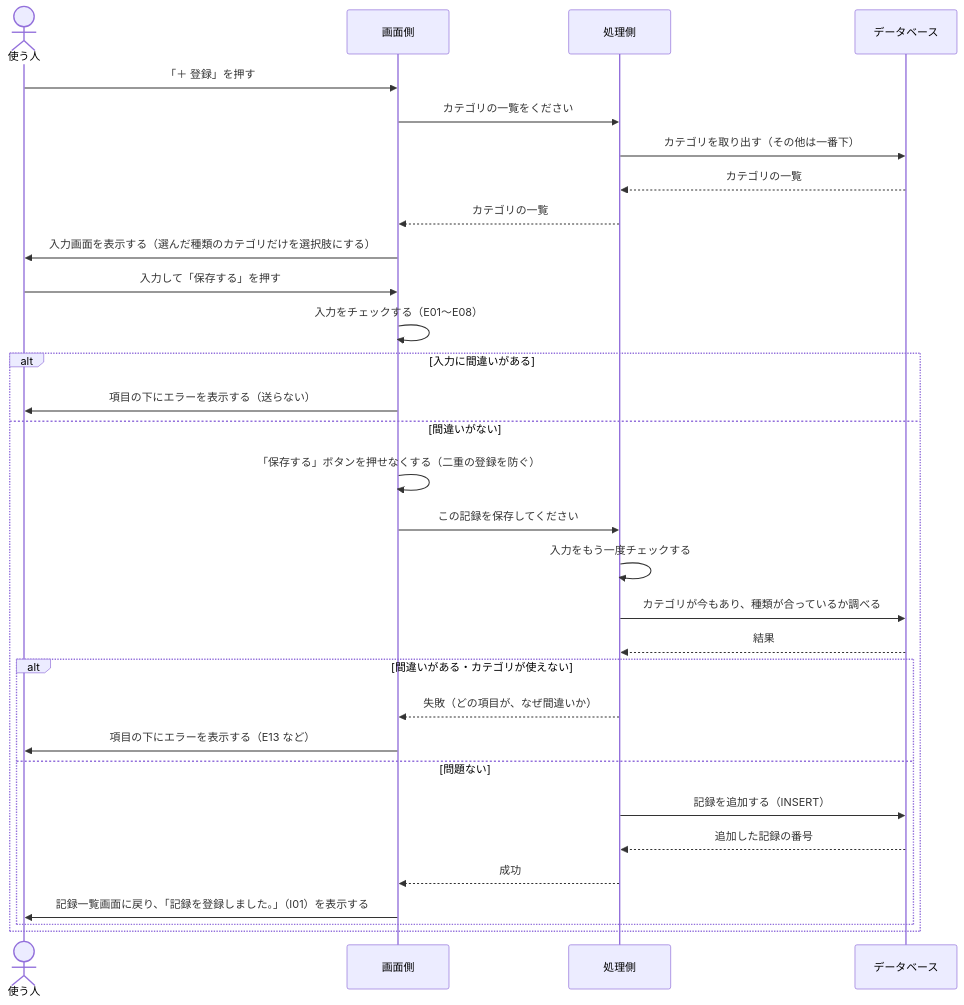
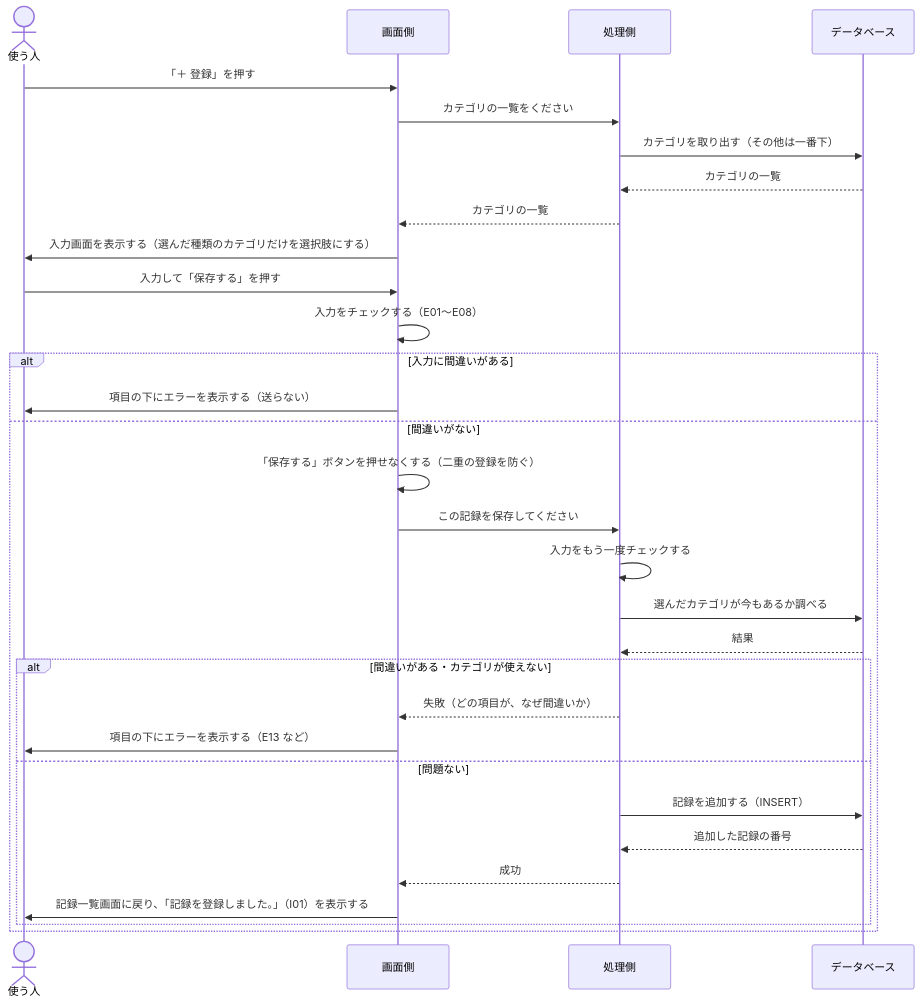
One commit to junji-sakamoto/kakeibo-app changed the third of 9 diagrams in docs/02_設計/05_データの流れ.md. Above: the diagram before and after it, drawn with Mermaid. The commit also changed other lines of this file and 5 other files, not shown here.

````diff
--- a/docs/02_設計/05_データの流れ.md
+++ b/docs/02_設計/05_データの流れ.md
@@ -68,35 +68,35 @@
 ```mermaid
 sequenceDiagram
     actor U as 使う人
     participant B as 画面側
     participant S as 処理側
     participant D as データベース
 
     U->>B: 「＋ 登録」を押す
     B->>S: カテゴリの一覧をください
     S->>D: カテゴリを取り出す（その他は一番下）
     D-->>S: カテゴリの一覧
     S-->>B: カテゴリの一覧
     B->>U: 入力画面を表示する（選んだ種類のカテゴリだけを選択肢にする）
 
     U->>B: 入力して「保存する」を押す
     B->>B: 入力をチェックする（E01〜E08）
     alt 入力に間違いがある
         B->>U: 項目の下にエラーを表示する（送らない）
     else 間違いがない
         B->>B: 「保存する」ボタンを押せなくする（二重の登録を防ぐ）
         B->>S: この記録を保存してください
         S->>S: 入力をもう一度チェックする
-        S->>D: カテゴリが今もあり、種類が合っているか調べる
+        S->>D: 選んだカテゴリが今もあるか調べる
         D-->>S: 結果
         alt 間違いがある・カテゴリが使えない
             S-->>B: 失敗（どの項目が、なぜ間違いか）
             B->>U: 項目の下にエラーを表示する（E13 など）
         else 問題ない
             S->>D: 記録を追加する（INSERT）
             D-->>S: 追加した記録の番号
             S-->>B: 成功
             B->>U: 記録一覧画面に戻り、「記録を登録しました。」（I01）を表示する
         end
     end
 ```
````
